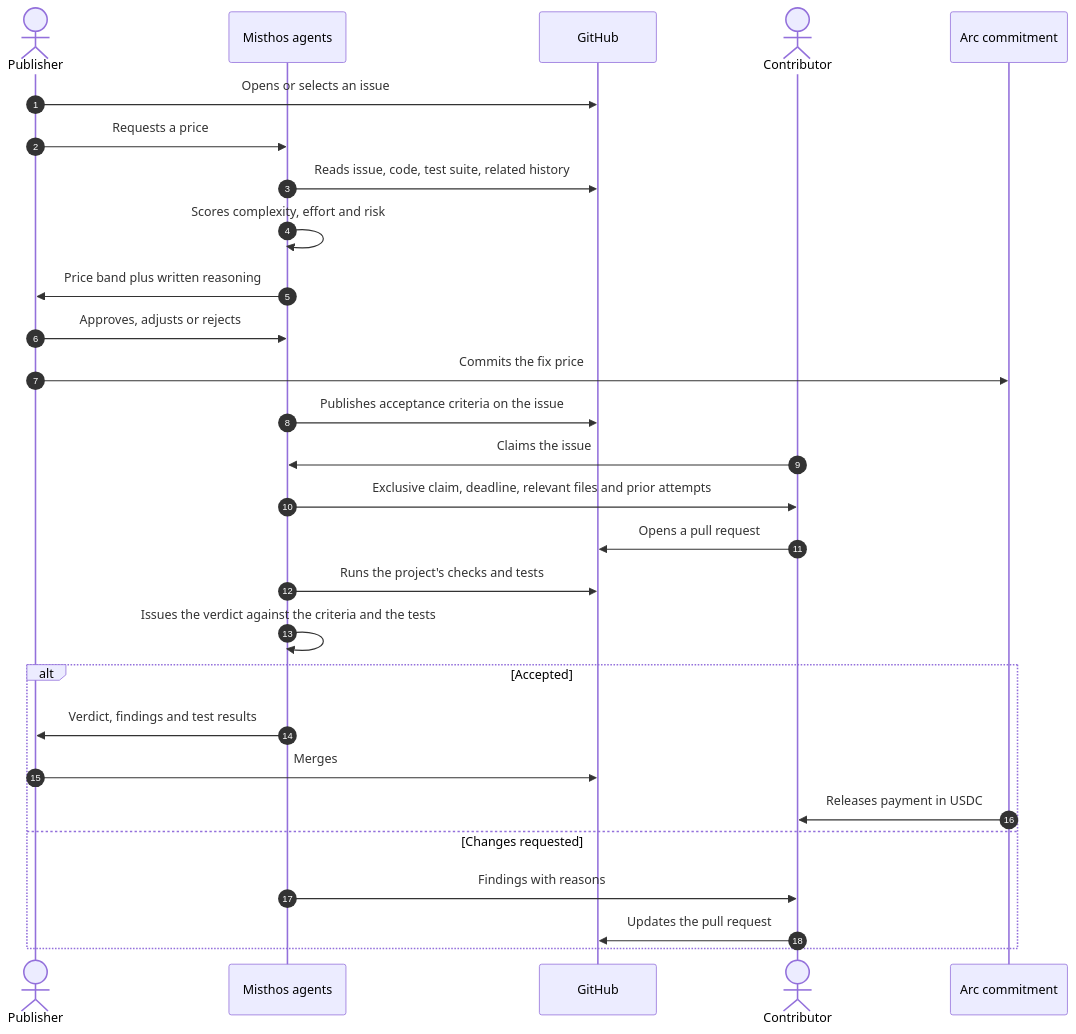
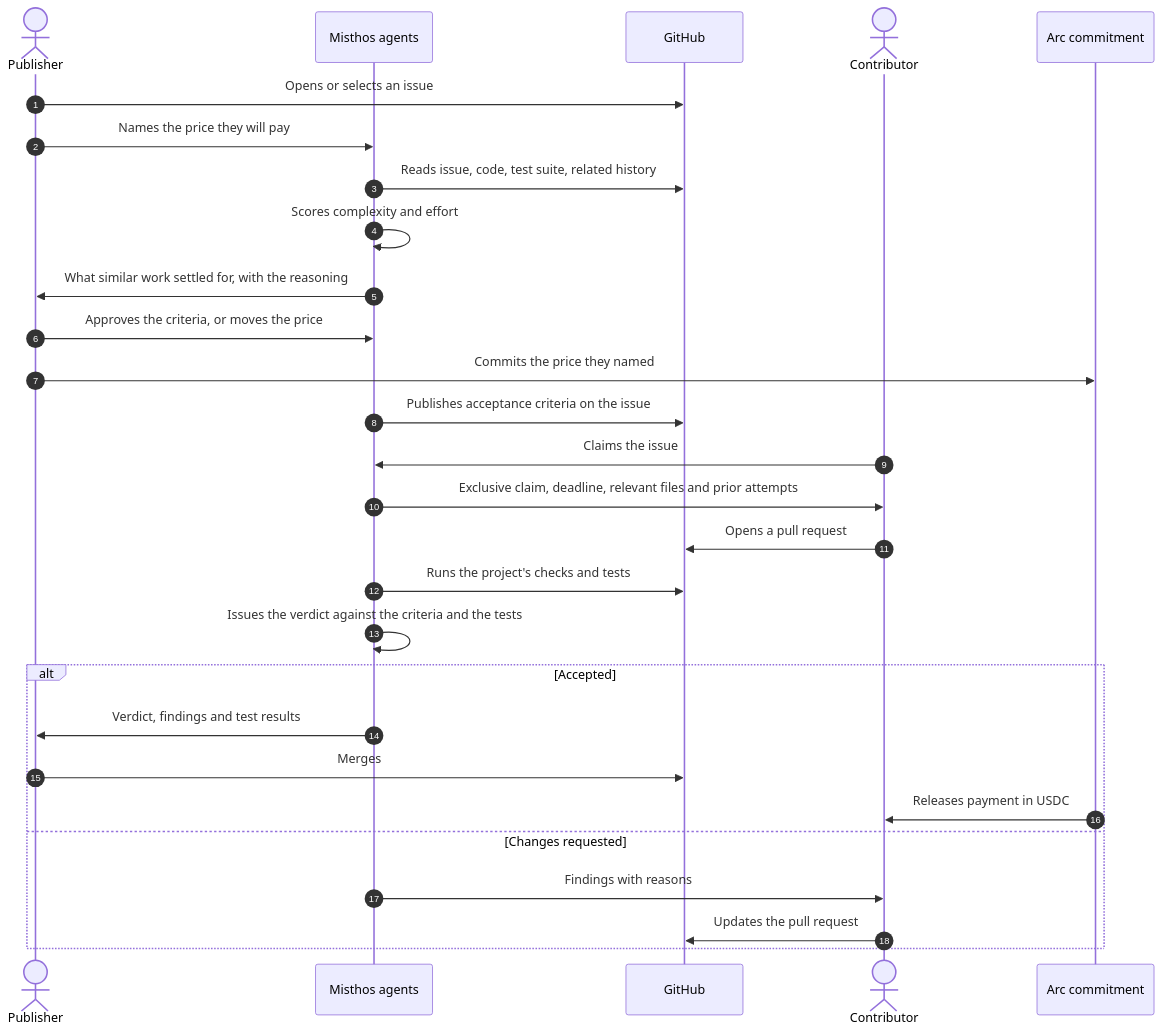
The third of 5 diagrams in docs/misthos/05-how-it-works.md (alienvisitor8675-bit/hackathon-circle-misthos), drawn with Mermaid before and after one commit. The commit also changed other lines of this file and 56 other files, not shown here.

````diff
--- a/docs/misthos/05-how-it-works.md
+++ b/docs/misthos/05-how-it-works.md
@@ -91,31 +92,31 @@
 ```mermaid
 sequenceDiagram
     autonumber
     actor Priya as Publisher
     participant Agent as Misthos agents
     participant GH as GitHub
     actor Amara as Contributor
     participant Escrow as Arc commitment
 
     Priya->>GH: Opens or selects an issue
-    Priya->>Agent: Requests a price
+    Priya->>Agent: Names the price they will pay
     Agent->>GH: Reads issue, code, test suite, related history
-    Agent->>Agent: Scores complexity, effort and risk
-    Agent->>Priya: Price band plus written reasoning
-    Priya->>Agent: Approves, adjusts or rejects
-    Priya->>Escrow: Commits the fix price
+    Agent->>Agent: Scores complexity and effort
+    Agent->>Priya: What similar work settled for, with the reasoning
+    Priya->>Agent: Approves the criteria, or moves the price
+    Priya->>Escrow: Commits the price they named
     Agent->>GH: Publishes acceptance criteria on the issue
     Amara->>Agent: Claims the issue
     Agent->>Amara: Exclusive claim, deadline, relevant files and prior attempts
     Amara->>GH: Opens a pull request
     Agent->>GH: Runs the project's checks and tests
     Agent->>Agent: Issues the verdict against the criteria and the tests
     alt Accepted
         Agent->>Priya: Verdict, findings and test results
         Priya->>GH: Merges
         Escrow->>Amara: Releases payment in USDC
     else Changes requested
         Agent->>Amara: Findings with reasons
         Amara->>GH: Updates the pull request
     end
 ```
````
